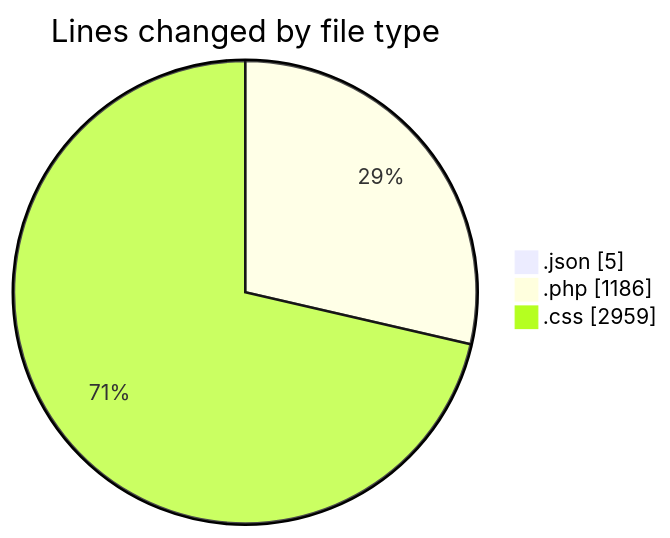
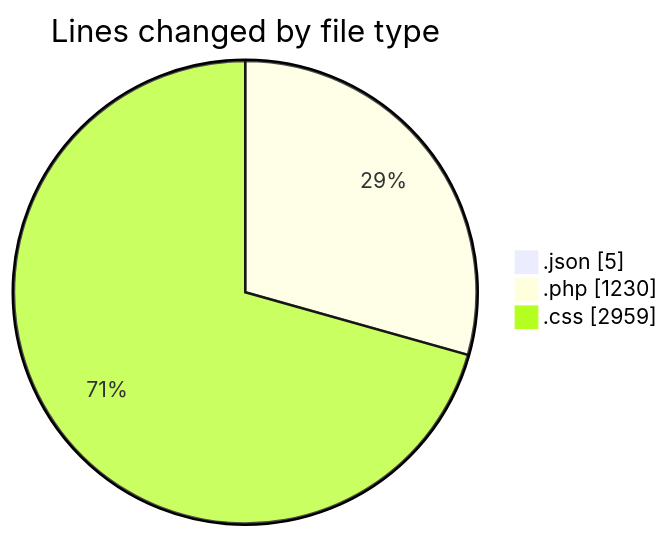
The first of 2 diagrams in 2026-07-01/wp-content/README.md (debugP/code-tracking), drawn with Mermaid before and after one commit. The commit also changed other lines of this file and 1 other file, not shown here.

````diff
--- a/2026-07-01/wp-content/README.md
+++ b/2026-07-01/wp-content/README.md
@@ -30,7 +31,7 @@
 ```mermaid
 pie showData
 title Lines changed by file type
 ".json" : 5
-".php" : 1186
+".php" : 1230
 ".css" : 2959
 ```
````
